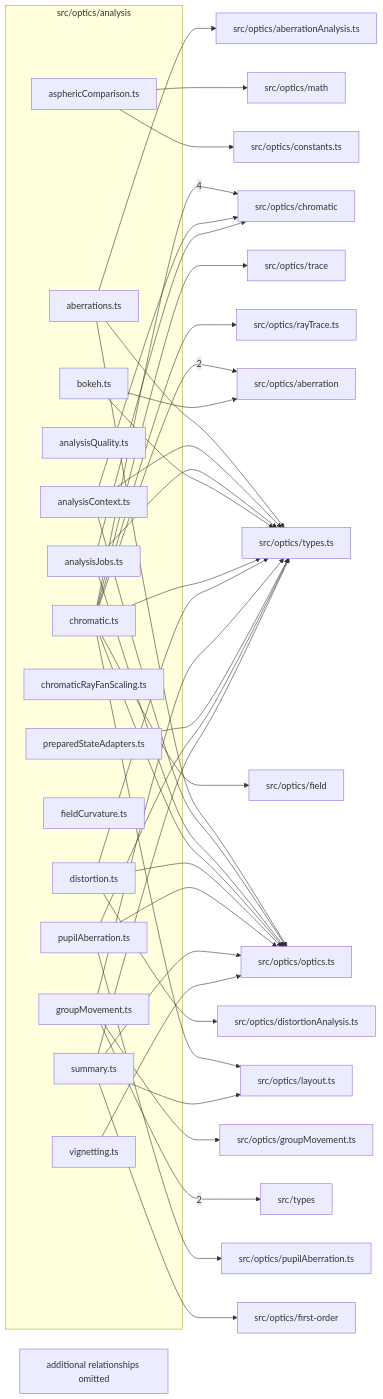
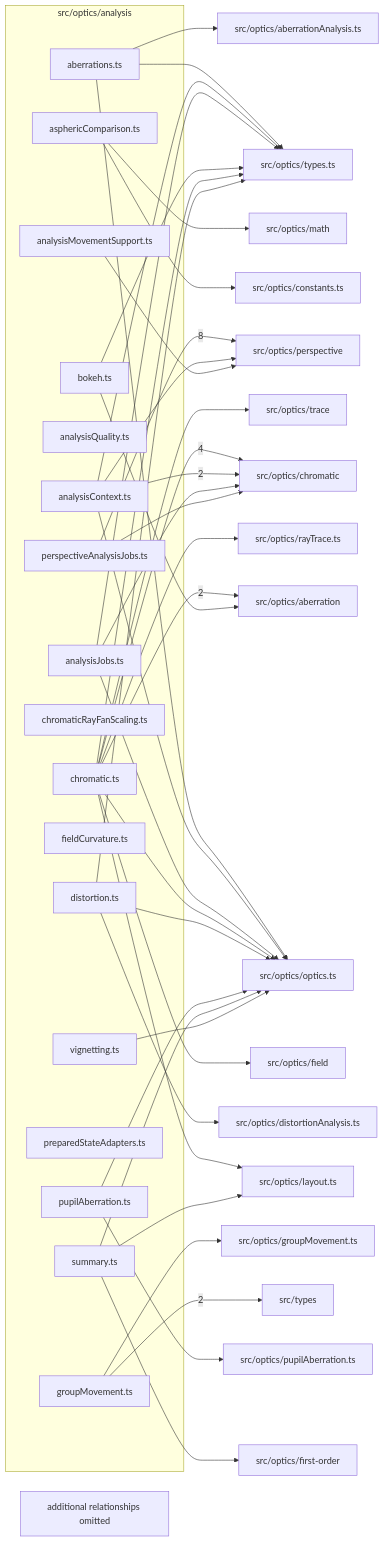
Before and after one commit to ronbuening/LensVisualizer: the diagram in src/optics/analysis/readme.md, drawn with Mermaid. The commit also changed other lines of this file and 155 other files, not shown here.

````diff
--- a/src/optics/analysis/readme.md
+++ b/src/optics/analysis/readme.md
@@ -9,73 +9,76 @@
 ```mermaid
 flowchart LR
   subgraph n_src_optics_analysis["src/optics/analysis"]
     n_src_optics_analysis_src_optics_analysis_aberrations_ts["aberrations.ts"]
     n_src_optics_analysis_src_optics_analysis_analysisContext_ts["analysisContext.ts"]
     n_src_optics_analysis_src_optics_analysis_analysisJobs_ts["analysisJobs.ts"]
+    n_src_optics_analysis_src_optics_analysis_analysisMovementSupport_ts["analysisMovementSupport.ts"]
     n_src_optics_analysis_src_optics_analysis_analysisQuality_ts["analysisQuality.ts"]
     n_src_optics_analysis_src_optics_analysis_asphericComparison_ts["asphericComparison.ts"]
     n_src_optics_analysis_src_optics_analysis_bokeh_ts["bokeh.ts"]
     n_src_optics_analysis_src_optics_analysis_chromatic_ts["chromatic.ts"]
     n_src_optics_analysis_src_optics_analysis_chromaticRayFanScaling_ts["chromaticRayFanScaling.ts"]
     n_src_optics_analysis_src_optics_analysis_distortion_ts["distortion.ts"]
     n_src_optics_analysis_src_optics_analysis_fieldCurvature_ts["fieldCurvature.ts"]
     n_src_optics_analysis_src_optics_analysis_groupMovement_ts["groupMovement.ts"]
+    n_src_optics_analysis_src_optics_analysis_perspectiveAnalysisJobs_ts["perspectiveAnalysisJobs.ts"]
     n_src_optics_analysis_src_optics_analysis_preparedStateAdapters_ts["preparedStateAdapters.ts"]
     n_src_optics_analysis_src_optics_analysis_pupilAberration_ts["pupilAberration.ts"]
     n_src_optics_analysis_src_optics_analysis_summary_ts["summary.ts"]
     n_src_optics_analysis_src_optics_analysis_vignetting_ts["vignetting.ts"]
   end
+  n_external_src_optics_perspective["src/optics/perspective"]
   n_external_src_optics_chromatic["src/optics/chromatic"]
   n_external_src_optics_aberration["src/optics/aberration"]
   n_external_src_types["src/types"]
   n_external_src_optics_aberrationAnalysis_ts["src/optics/aberrationAnalysis.ts"]
   n_external_src_optics_constants_ts["src/optics/constants.ts"]
   n_external_src_optics_distortionAnalysis_ts["src/optics/distortionAnalysis.ts"]
   n_external_src_optics_field["src/optics/field"]
   n_external_src_optics_first_order["src/optics/first-order"]
   n_external_src_optics_groupMovement_ts["src/optics/groupMovement.ts"]
   n_external_src_optics_layout_ts["src/optics/layout.ts"]
   n_external_src_optics_math["src/optics/math"]
   n_external_src_optics_optics_ts["src/optics/optics.ts"]
   n_external_src_optics_pupilAberration_ts["src/optics/pupilAberration.ts"]
   n_external_src_optics_rayTrace_ts["src/optics/rayTrace.ts"]
   n_external_src_optics_trace["src/optics/trace"]
   n_external_src_optics_types_ts["src/optics/types.ts"]
+  n_src_optics_analysis_src_optics_analysis_perspectiveAnalysisJobs_ts --> |8| n_external_src_optics_perspective
   n_src_optics_analysis_src_optics_analysis_chromatic_ts --> |4| n_external_src_optics_chromatic
   n_src_optics_analysis_src_optics_analysis_chromatic_ts --> |2| n_external_src_optics_aberration
+  n_src_optics_analysis_src_optics_analysis_analysisContext_ts --> |2| n_external_src_optics_chromatic
   n_src_optics_analysis_src_optics_analysis_groupMovement_ts --> |2| n_external_src_types
   n_src_optics_analysis_src_optics_analysis_bokeh_ts --> n_external_src_optics_aberration
   n_src_optics_analysis_src_optics_analysis_aberrations_ts --> n_external_src_optics_aberrationAnalysis_ts
-  n_src_optics_analysis_src_optics_analysis_analysisContext_ts --> n_external_src_optics_chromatic
   n_src_optics_analysis_src_optics_analysis_analysisJobs_ts --> n_external_src_optics_chromatic
+  n_src_optics_analysis_src_optics_analysis_perspectiveAnalysisJobs_ts --> n_external_src_optics_chromatic
   n_src_optics_analysis_src_optics_analysis_asphericComparison_ts --> n_external_src_optics_constants_ts
   n_src_optics_analysis_src_optics_analysis_distortion_ts --> n_external_src_optics_distortionAnalysis_ts
   n_src_optics_analysis_src_optics_analysis_chromatic_ts --> n_external_src_optics_field
   n_src_optics_analysis_src_optics_analysis_summary_ts --> n_external_src_optics_first_order
   n_src_optics_analysis_src_optics_analysis_groupMovement_ts --> n_external_src_optics_groupMovement_ts
   n_src_optics_analysis_src_optics_analysis_chromatic_ts --> n_external_src_optics_layout_ts
   n_src_optics_analysis_src_optics_analysis_summary_ts --> n_external_src_optics_layout_ts
   n_src_optics_analysis_src_optics_analysis_asphericComparison_ts --> n_external_src_optics_math
   n_src_optics_analysis_src_optics_analysis_aberrations_ts --> n_external_src_optics_optics_ts
   n_src_optics_analysis_src_optics_analysis_analysisContext_ts --> n_external_src_optics_optics_ts
   n_src_optics_analysis_src_optics_analysis_analysisJobs_ts --> n_external_src_optics_optics_ts
   n_src_optics_analysis_src_optics_analysis_chromatic_ts --> n_external_src_optics_optics_ts
   n_src_optics_analysis_src_optics_analysis_distortion_ts --> n_external_src_optics_optics_ts
   n_src_optics_analysis_src_optics_analysis_pupilAberration_ts --> n_external_src_optics_optics_ts
   n_src_optics_analysis_src_optics_analysis_summary_ts --> n_external_src_optics_optics_ts
   n_src_optics_analysis_src_optics_analysis_vignetting_ts --> n_external_src_optics_optics_ts
+  n_src_optics_analysis_src_optics_analysis_analysisContext_ts --> n_external_src_optics_perspective
+  n_src_optics_analysis_src_optics_analysis_analysisMovementSupport_ts --> n_external_src_optics_perspective
   n_src_optics_analysis_src_optics_analysis_pupilAberration_ts --> n_external_src_optics_pupilAberration_ts
   n_src_optics_analysis_src_optics_analysis_chromatic_ts --> n_external_src_optics_rayTrace_ts
   n_src_optics_analysis_src_optics_analysis_chromatic_ts --> n_external_src_optics_trace
   n_src_optics_analysis_src_optics_analysis_aberrations_ts --> n_external_src_optics_types_ts
   n_src_optics_analysis_src_optics_analysis_analysisContext_ts --> n_external_src_optics_types_ts
   n_src_optics_analysis_src_optics_analysis_analysisJobs_ts --> n_external_src_optics_types_ts
   n_src_optics_analysis_src_optics_analysis_bokeh_ts --> n_external_src_optics_types_ts
   n_src_optics_analysis_src_optics_analysis_chromatic_ts --> n_external_src_optics_types_ts
   n_src_optics_analysis_src_optics_analysis_distortion_ts --> n_external_src_optics_types_ts
-  n_src_optics_analysis_src_optics_analysis_groupMovement_ts --> n_external_src_optics_types_ts
-  n_src_optics_analysis_src_optics_analysis_preparedStateAdapters_ts --> n_external_src_optics_types_ts
-  n_src_optics_analysis_src_optics_analysis_pupilAberration_ts --> n_external_src_optics_types_ts
-  n_src_optics_analysis_src_optics_analysis_summary_ts --> n_external_src_optics_types_ts
   n_src_optics_analysis_truncated["additional relationships omitted"]
 ```
````
